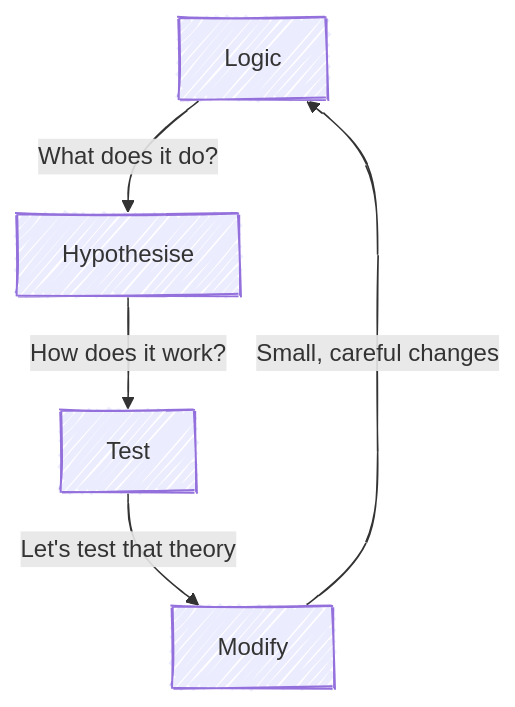
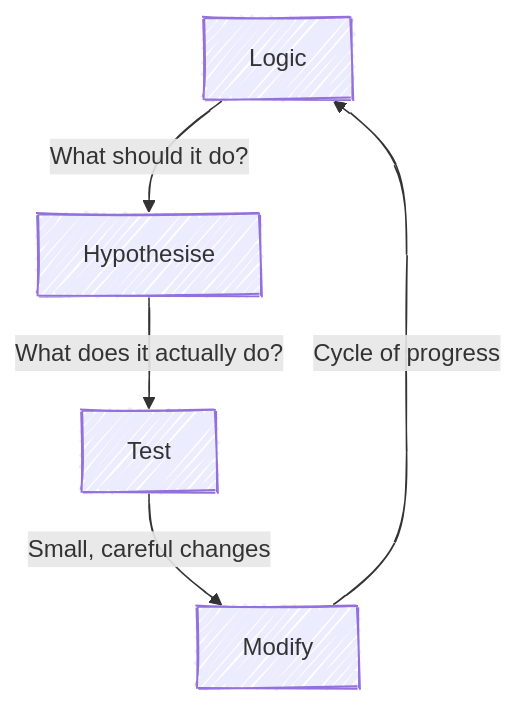
Before and after one commit to CodeYourFuture/curriculum: the second of 2 diagrams in common-content/en/module/legacy/fear/index.md, drawn with Mermaid. The commit also changed other lines of this file and 6 other files, not shown here.

````diff
--- a/common-content/en/module/legacy/fear/index.md
+++ b/common-content/en/module/legacy/fear/index.md
@@ -30,11 +34,11 @@
 ```mermaid
 ---
 config:
   look: handDrawn
 ---
 graph TD
- Logic -->|What does it do?| Hypothesise
-    Hypothesise -->|How does it work?|Test
-    Test -->|Let's test that theory| Modify --->|Small, careful changes|Logic
+ Logic -->|What should it do?| Hypothesise
+    Hypothesise -->|What does it actually do?|Test
+    Test -->|Small, careful changes| Modify --->|Cycle of progress|Logic
 
 ```
````
